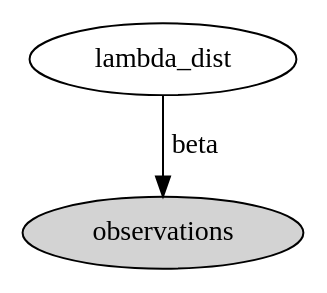
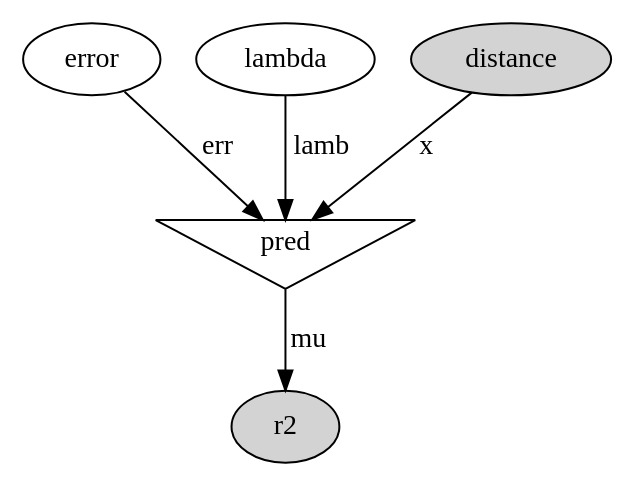
The diagram in YALE/ddrad58/container.dot (xguse/ipy_notebooks), drawn with Graphviz before and after one commit. The commit also changed 9 other files, not shown here.

```diff
--- a/YALE/ddrad58/container.dot
+++ b/YALE/ddrad58/container.dot
@@ -1,5 +1,11 @@
 digraph G {
-observations [style=filled];
-lambda_dist;
-lambda_dist -> observations  [label=beta];
+error;
+lambda;
+pred [shape=invtriangle];
+lambda -> pred  [label=lamb];
+error -> pred  [label=err];
+distance [style=filled];
+distance -> pred  [label=x];
+r2 [style=filled];
+pred -> r2  [label=mu];
 }
```
